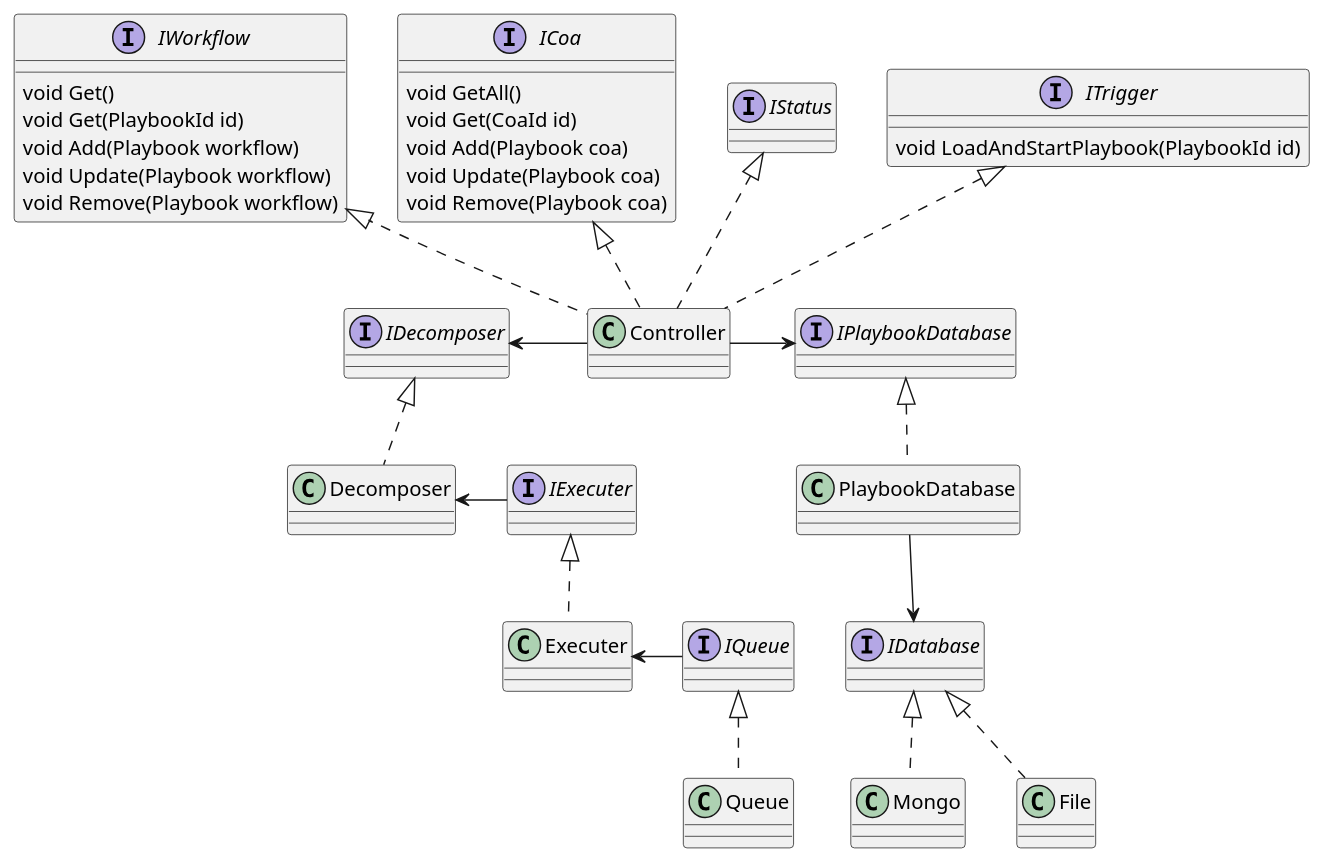
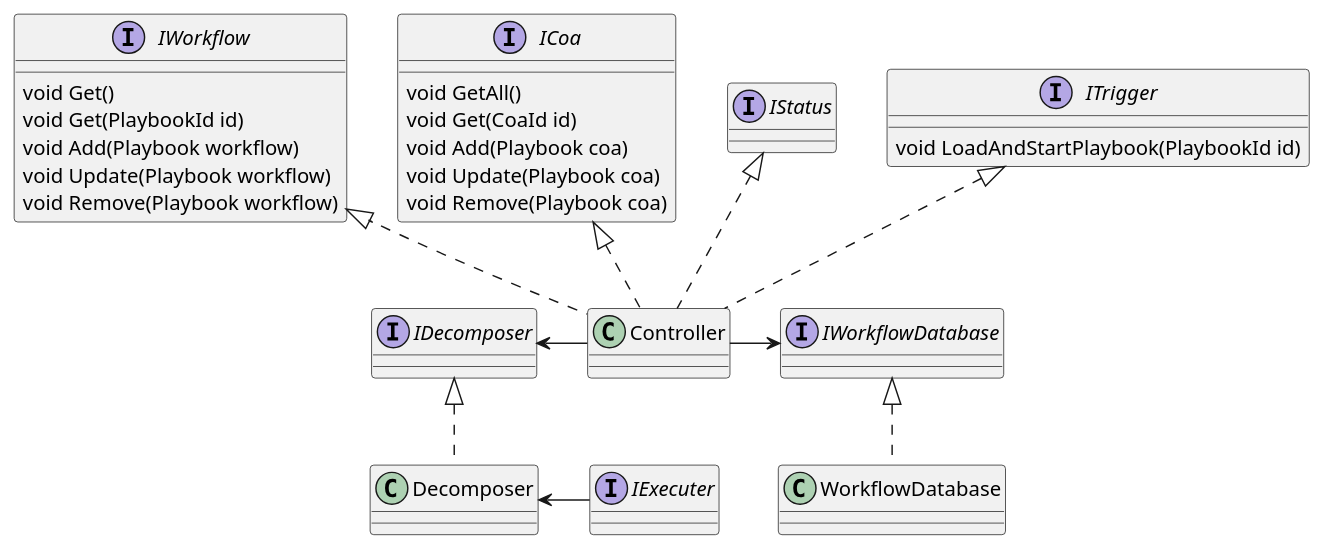
Before and after one commit to COSSAS/SOARCA: the diagram in doc/controller.adoc, drawn with PlantUML. The commit also changed other lines of this file and 3 other files, not shown here.

```diff
--- a/doc/controller.adoc
+++ b/doc/controller.adoc
@@ -5,62 +5,52 @@
-[plantuml, target=soar-ca-controller-components]
+[plantuml, target=soar-ca-class-diagram]
 ....
 @startuml
 
 interface IWorkflow{
     void Get()
     void Get(PlaybookId id)
     void Add(Playbook workflow)
     void Update(Playbook workflow)
     void Remove(Playbook workflow)
 }
 
 interface ICoa{
     void GetAll()
     void Get(CoaId id)
     void Add(Playbook coa)
     void Update(Playbook coa)
     void Remove(Playbook coa)
     
 }
 
 interface IStatus{
 
 }
 
 interface ITrigger{
     void LoadAndStartPlaybook(PlaybookId id)
 }
 
-Interface IPlaybookDatabase
+Interface IWorkflowDatabase
 
-Interface IDatabase
-Interface IQueue
 Interface IDecomposer
 Interface IExecuter
 
 class Controller
 class Decomposer
-class PlaybookDatabase
-class File
-class Mongo
-class Queue
-Class Executer
-
 
 IWorkflow <|.. Controller
 ICoa <|.. Controller
 ITrigger <|.. Controller
 IStatus <|.. Controller
-IQueue <|.. Queue
-IExecuter <|.. Executer
-Controller -> IPlaybookDatabase
-IPlaybookDatabase <|.. PlaybookDatabase
-IDatabase <-up- PlaybookDatabase
-IDatabase <|.. File
-IDatabase <|.. Mongo
+
+Controller -> IWorkflowDatabase
+IWorkflowDatabase <|.. WorkflowDatabase
+
+
 IDecomposer <- Controller
 IDecomposer <|.. Decomposer
 IExecuter -> Decomposer
-IQueue -> Executer
+
 @enduml
 ....
```
